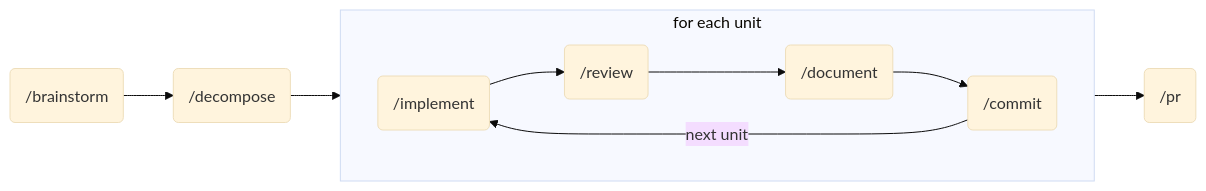
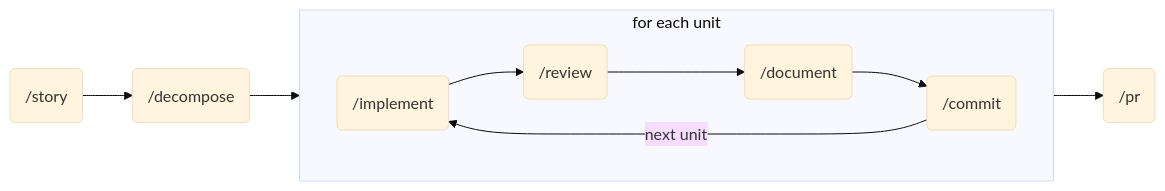
Before and after one commit to JSA-Partners/claude-essentials: the diagram in README.md, drawn with Mermaid (base theme). The commit also changed other lines of this file and 3 other files, not shown here.

Commit message:
refactor(skills): rename brainstorm skill to story

````diff
--- a/README.md
+++ b/README.md
@@ -32,13 +32,13 @@
 ```mermaid
 flowchart LR
-    A("/brainstorm") --> B("/decompose")
+    A("/story") --> B("/decompose")
 
     subgraph unit ["for each unit"]
         direction LR
         C("/implement") --> D("/review") --> E("/document") --> F("/commit")
         F -- next unit --> C
     end
 
     B --> C
     F --> G("/pr")
 ```
````
